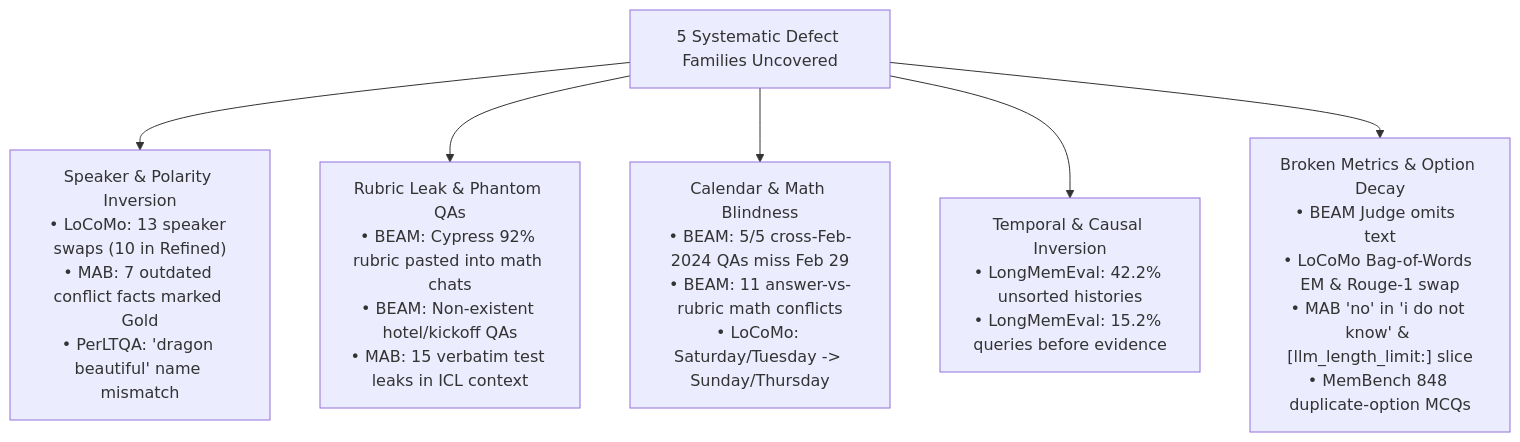
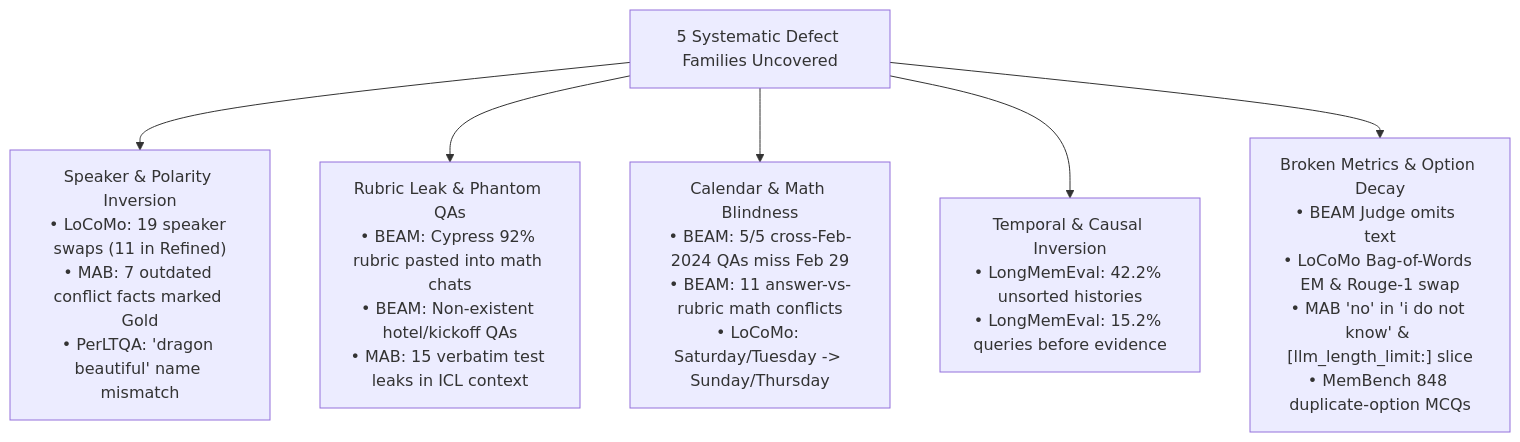
The third of 3 diagrams in README.md (zxj0302/agent-memory-benchmark-audit), drawn with Mermaid before and after one commit. The commit also changed other lines of this file and 10 other files, not shown here.

Commit message:
fix(locomo,perltqa): fix Cat-2/4 speaker swaps, date/duration typos, multi-turn evidence, and PerLTMem dict loader

````diff
--- a/README.md
+++ b/README.md
@@ -125,9 +125,9 @@
 ```mermaid
 flowchart TD
     Tax["5 Systematic Defect Families Uncovered"]
-    Tax --> F1["Speaker & Polarity Inversion<br/>• LoCoMo: 13 speaker swaps (10 in Refined)<br/>• MAB: 7 outdated conflict facts marked Gold<br/>• PerLTQA: 'dragon beautiful' name mismatch"]
+    Tax --> F1["Speaker & Polarity Inversion<br/>• LoCoMo: 19 speaker swaps (11 in Refined)<br/>• MAB: 7 outdated conflict facts marked Gold<br/>• PerLTQA: 'dragon beautiful' name mismatch"]
     Tax --> F2["Rubric Leak & Phantom QAs<br/>• BEAM: Cypress 92% rubric pasted into math chats<br/>• BEAM: Non-existent hotel/kickoff QAs<br/>• MAB: 15 verbatim test leaks in ICL context"]
     Tax --> F3["Calendar & Math Blindness<br/>• BEAM: 5/5 cross-Feb-2024 QAs miss Feb 29<br/>• BEAM: 11 answer-vs-rubric math conflicts<br/>• LoCoMo: Saturday/Tuesday -> Sunday/Thursday"]
     Tax --> F4["Temporal & Causal Inversion<br/>• LongMemEval: 42.2% unsorted histories<br/>• LongMemEval: 15.2% queries before evidence"]
     Tax --> F5["Broken Metrics & Option Decay<br/>• BEAM Judge omits <question> text<br/>• LoCoMo Bag-of-Words EM & Rouge-1 swap<br/>• MAB 'no' in 'i do not know' & [llm_length_limit:] slice<br/>• MemBench 848 duplicate-option MCQs"]
 ```
````
